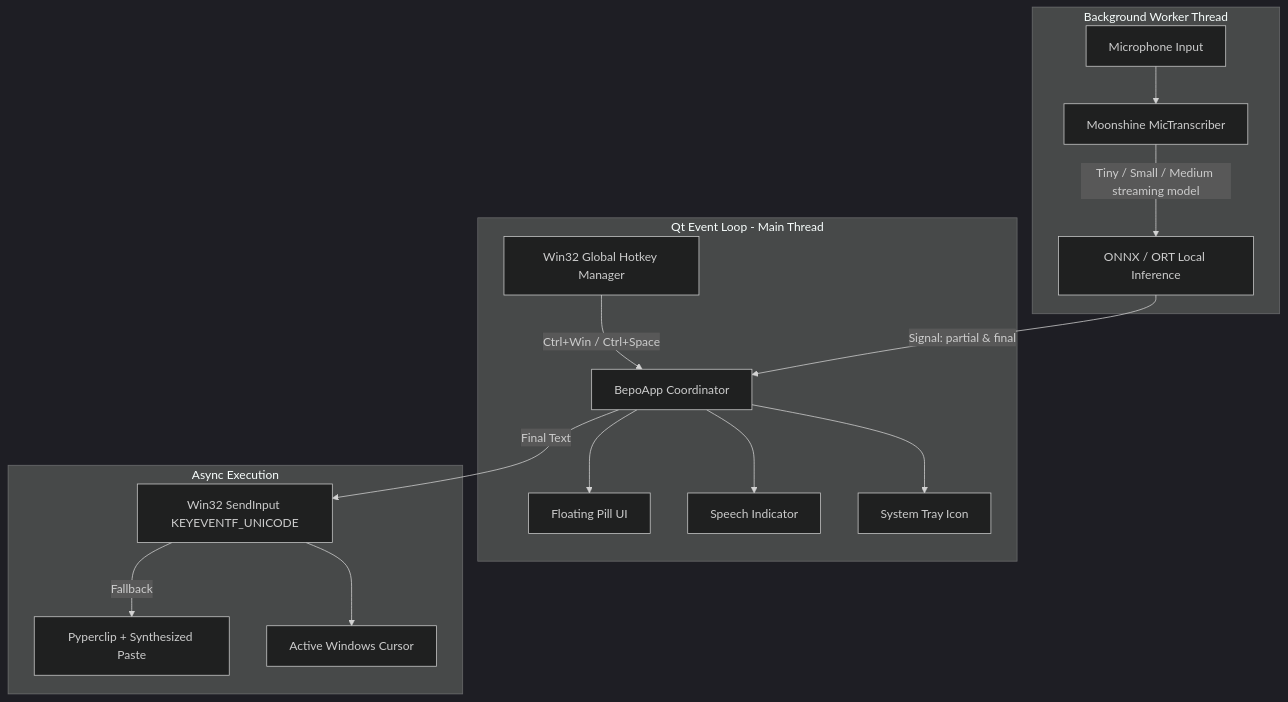
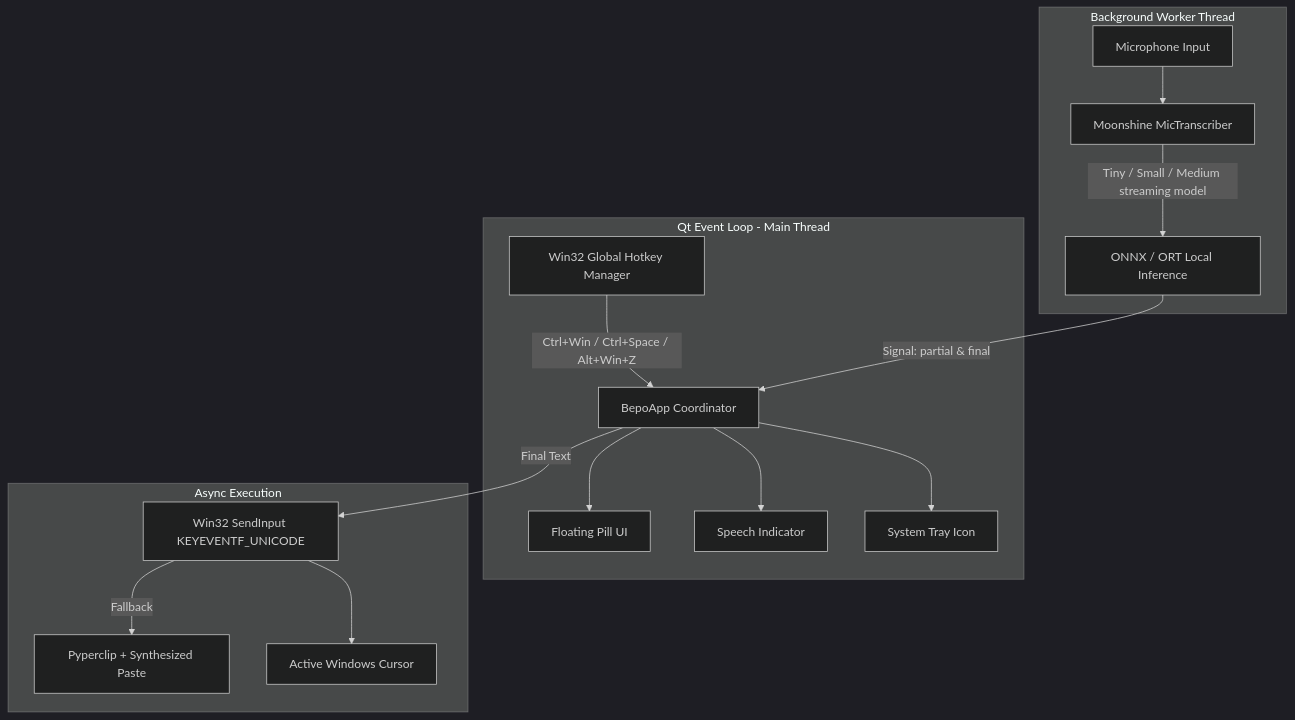
Before and after one commit to Gopinathsgn/Bepo: the diagram in README.md, drawn with Mermaid (dark theme). The commit also changed other lines of this file and 10 other files, not shown here.

````diff
--- a/README.md
+++ b/README.md
@@ -279,21 +289,21 @@
 ```mermaid
 graph TD
     subgraph Audio & ML [Background Worker Thread]
         Mic[Microphone Input] --> Transcriber[Moonshine MicTranscriber]
         Transcriber -->|Tiny / Small / Medium streaming model| Inference[ONNX / ORT Local Inference]
     end
 
     subgraph Controller [Qt Event Loop - Main Thread]
-        Hotkey[Win32 Global Hotkey Manager] -->|Ctrl+Win / Ctrl+Space| AppCoordinator[BepoApp Coordinator]
+        Hotkey[Win32 Global Hotkey Manager] -->|Ctrl+Win / Ctrl+Space / Alt+Win+Z| AppCoordinator[BepoApp Coordinator]
         Inference -->|Signal: partial & final| AppCoordinator
         AppCoordinator --> Pill[Floating Pill UI]
         AppCoordinator --> Waveform[Speech Indicator]
         AppCoordinator --> Tray[System Tray Icon]
     end
 
     subgraph Injection [Async Execution]
         AppCoordinator -->|Final Text| Injector[Win32 SendInput KEYEVENTF_UNICODE]
         Injector -->|Fallback| Clipboard[Pyperclip + Synthesized Paste]
         Injector --> FocusedWindow[Active Windows Cursor]
     end
 ```
````
